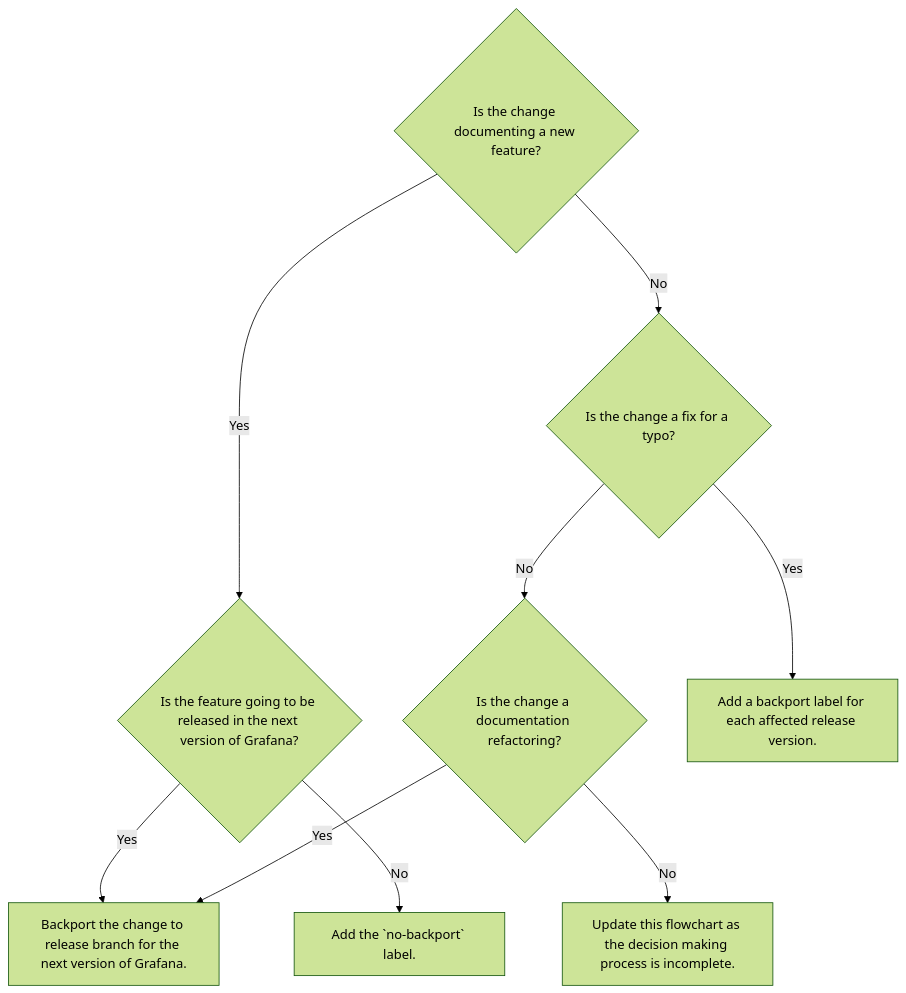
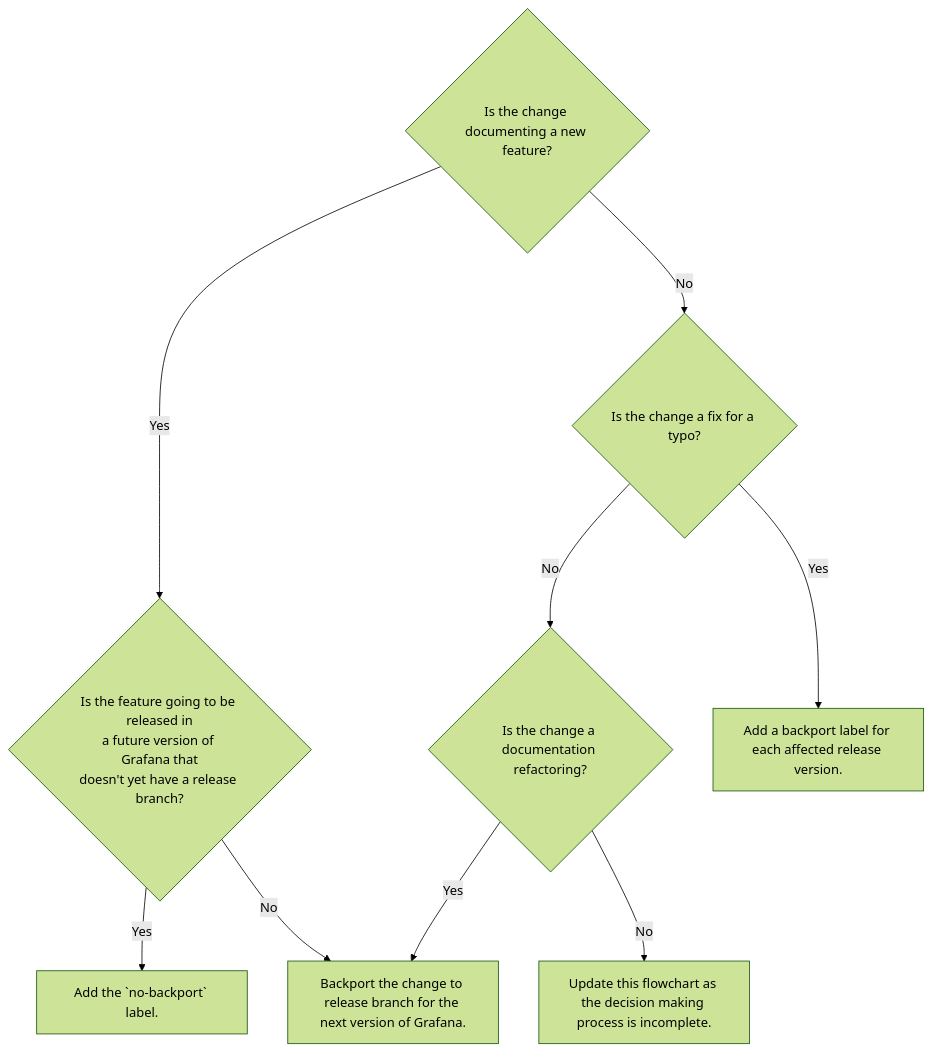
The diagram in docs/sources/writing-guide/tooling-and-workflows/backporting/index.md (grafana/writers-toolkit), drawn with Mermaid (forest theme) before and after one commit. The commit also changed other lines of this file, not shown here.

Commit message:
Note possibility of a release branch cut before a release
Grafana v9.1 cut the `v9.1.x` branch two weeks before the final v9.1 release. This created an edge case in the docs publishing and Grafana release process that resulted in docs content and changes being merged against the `main` branch but not being published in the `/latest/` docs when v9.1 was released. Those docs PRs needed to be backported to the `v9.1.x` branch even if Grafana v9.1 had not been released and the v9.1 docs had not yet been published to `/latest/`.

Note this and adjust the workflow diagram accordingly.

````diff
--- a/docs/sources/writing-guide/tooling-and-workflows/backporting/index.md
+++ b/docs/sources/writing-guide/tooling-and-workflows/backporting/index.md
@@ -36,20 +39,20 @@
 ```mermaid
 flowchart TD
 
 D1{Is the change documenting a new feature?}
-D2{Is the feature going to be released in the next version of Grafana?}
+D2{Is the feature going to be released in<br>a future version of Grafana that<br>doesn't yet have a release branch?}
 D3{Is the change a fix for a typo?}
 D4{Is the change a documentation refactoring?}
 T1[Add the `no-backport` label.]
 T2[Add a backport label for each affected release version.]
 T3[Update this flowchart as the decision making process is incomplete.]
 T4[Backport the change to release branch for the next version of Grafana.]
 D1 -- Yes --> D2
 D1 -- No -->  D3
-D2 -- Yes --> T4
-D2 -- No -->  T1
+D2 -- Yes --> T1
+D2 -- No -->  T4
 D3 -- Yes --> T2
 D3 -- No -->  D4
 D4 -- Yes --> T4
 D4 -- No -->  T3
 ```
````
